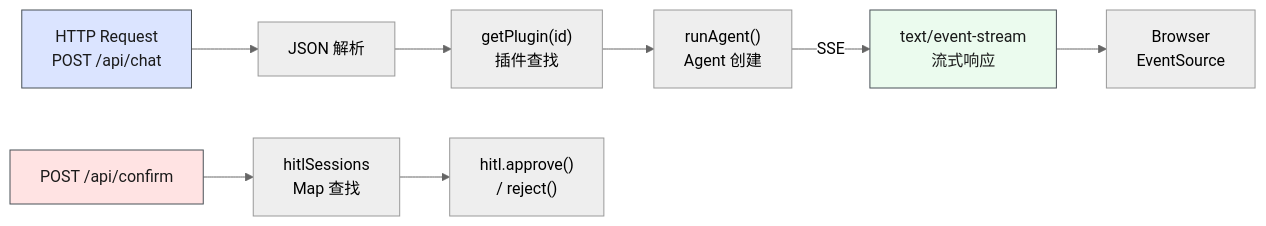
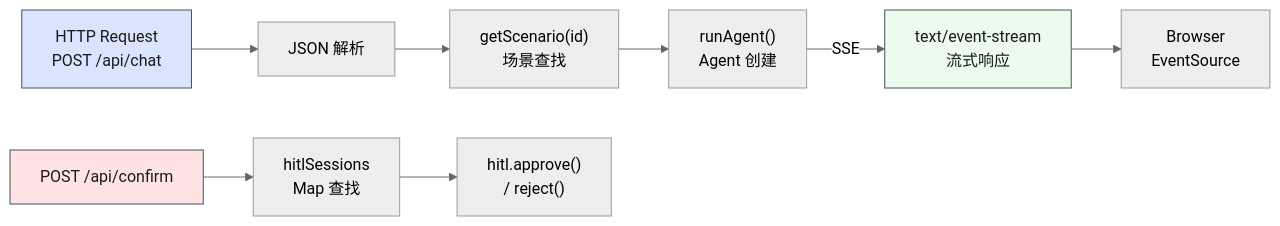
Before and after one commit to yjzaaa/leave-approval-agent: the second of 3 diagrams in src/server/CLAUDE.md, drawn with Mermaid (neutral theme). The commit also changed other lines of this file and 80 other files, not shown here.

First line of the commit message:
refactor: Plugin → Scenario 全局重命名，消除业务术语歧义

````diff
--- a/src/server/CLAUDE.md
+++ b/src/server/CLAUDE.md
@@ -59,15 +59,15 @@
 ```mermaid
 graph LR
     Request["HTTP Request<br/>POST /api/chat"] --> Parse["JSON 解析"]
-    Parse --> Plugin["getPlugin(id)<br/>插件查找"]
+    Parse --> Plugin["getScenario(id)<br/>场景查找"]
     Plugin --> Factory["runAgent()<br/>Agent 创建"]
     Factory -->|SSE| Stream["text/event-stream<br/>流式响应"]
     Stream --> Browser["Browser<br/>EventSource"]
 
     ConfirmReq["POST /api/confirm"] --> Session["hitlSessions<br/>Map 查找"]
     Session --> Hitl["hitl.approve()<br/>/ reject()"]
 
     style Request fill:#dbe4ff,stroke:#495057,color:#1a1a1a
     style Stream fill:#ebfbee,stroke:#495057,color:#1a1a1a
     style ConfirmReq fill:#ffe3e3,stroke:#495057,color:#1a1a1a
 ```
````
